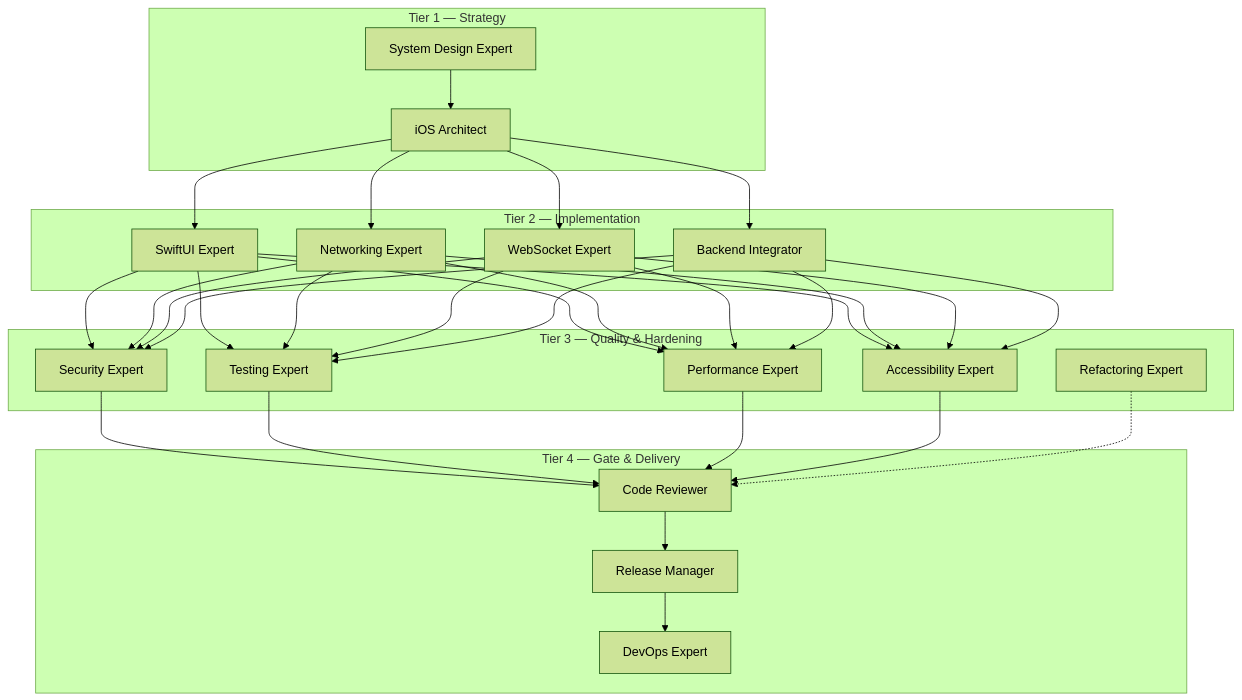
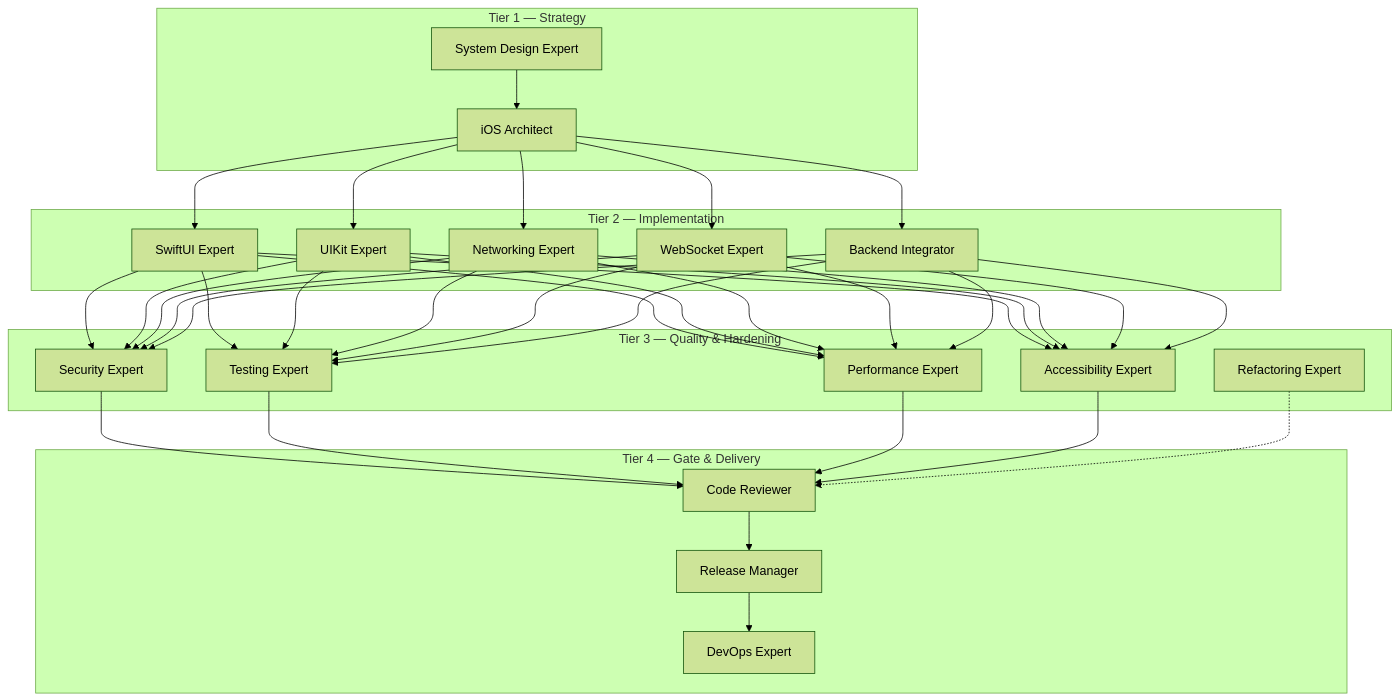
The first of 3 diagrams in AGENTS.md (sokpichdev/mobile-engineering-agents), drawn with Mermaid (forest theme) before and after one commit. The commit also changed other lines of this file and 2 other files, not shown here.

Commit message:
feat(uikit): add UI paradigm detection, routing, and docs

````diff
--- a/AGENTS.md
+++ b/AGENTS.md
@@ -66,33 +80,34 @@
 ```mermaid
 graph TD
     subgraph Tier1[Tier 1 — Strategy]
         SD[System Design Expert]
         ARCH[iOS Architect]
     end
     subgraph Tier2[Tier 2 — Implementation]
         UI[SwiftUI Expert]
+        UIK[UIKit Expert]
         NET[Networking Expert]
         WS[WebSocket Expert]
         BE[Backend Integrator]
     end
     subgraph Tier3[Tier 3 — Quality & Hardening]
         SEC[Security Expert]
         TEST[Testing Expert]
         PERF[Performance Expert]
         A11Y[Accessibility Expert]
         REF[Refactoring Expert]
     end
     subgraph Tier4[Tier 4 — Gate & Delivery]
         REV[Code Reviewer]
         REL[Release Manager]
         OPS[DevOps Expert]
     end
 
     SD --> ARCH
-    ARCH --> UI & NET & WS & BE
-    UI & NET & WS & BE --> SEC & TEST & PERF & A11Y
+    ARCH --> UI & UIK & NET & WS & BE
+    UI & UIK & NET & WS & BE --> SEC & TEST & PERF & A11Y
     SEC & TEST & PERF & A11Y --> REV
     REF -.-> REV
     REV --> REL
     REL --> OPS
 ```
````
